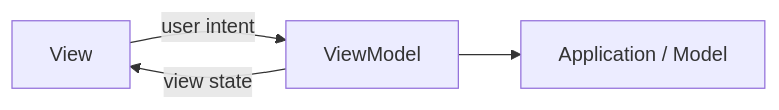
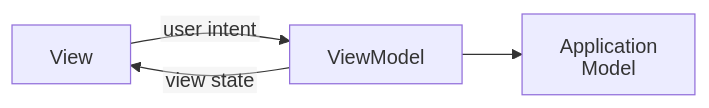
Before and after one commit to AndresTaoFlorez/software-architecture: the first of 4 diagrams in architecture/patterns/presentation/model-view-viewmodel/README.md, drawn with Mermaid. The commit also changed other lines of this file and 79 other files, not shown here.

````diff
--- a/architecture/patterns/presentation/model-view-viewmodel/README.md
+++ b/architecture/patterns/presentation/model-view-viewmodel/README.md
@@ -41,6 +68,7 @@
 ```mermaid
+%%{init: {"htmlLabels": false, "flowchart": {"htmlLabels": false, "nodeSpacing": 28, "rankSpacing": 48, "diagramPadding": 20, "wrappingWidth": 280}, "sequence": {"wrap": true, "diagramMarginX": 20, "diagramMarginY": 20}}}%%
 flowchart LR
     VIEW["View"] -->|"user intent"| VM["ViewModel"]
     VM -->|"view state"| VIEW
-    VM --> MODEL["Application / Model"]
+    VM --> MODEL["Application<br/>Model"]
 ```
````
